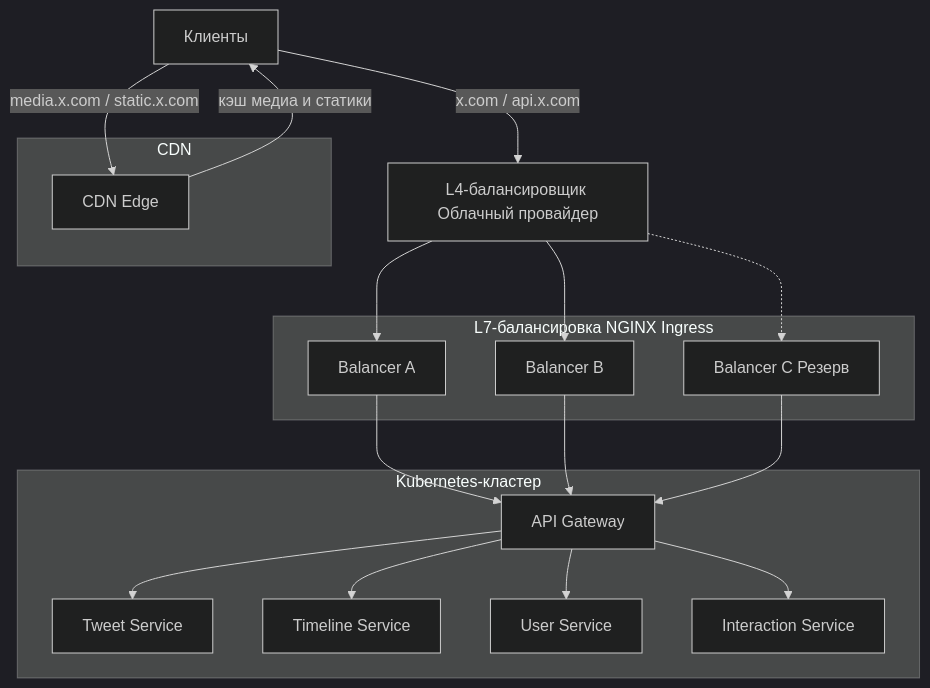
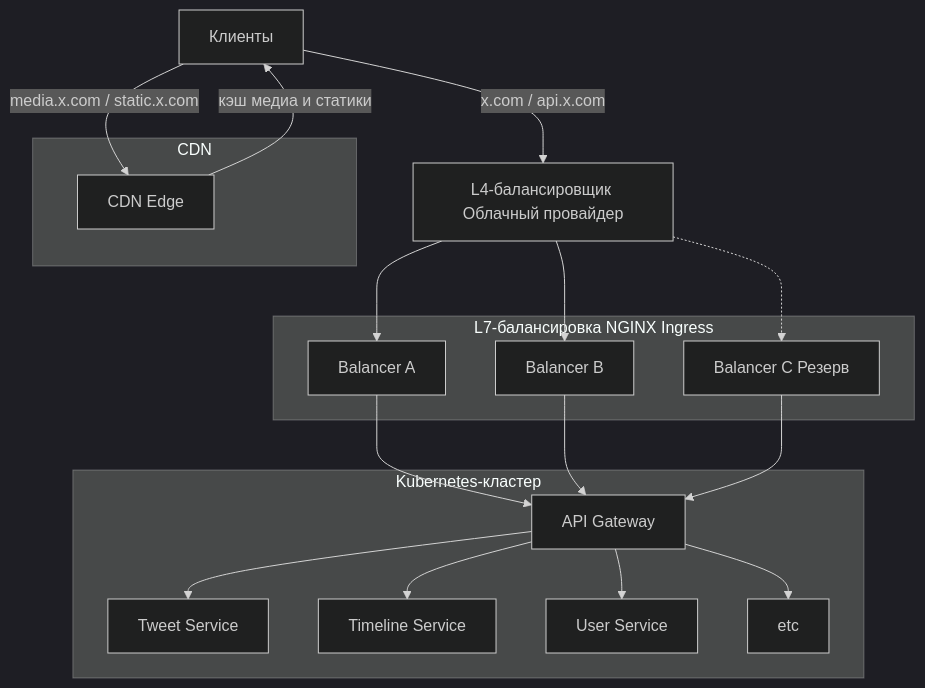
Before and after one commit to art-raz/Highload2026: the second of 3 diagrams in README.md, drawn with Mermaid (dark theme). The commit also changed other lines of this file, not shown here.

````diff
--- a/README.md
+++ b/README.md
@@ -306,42 +306,42 @@
 ```mermaid
 flowchart TD
     C[Клиенты]
 
     subgraph CDN_ZONE["CDN"]
         CDN[CDN Edge]
     end
 
     L4[L4-балансировщик Облачный провайдер]
     
     subgraph L7["L7-балансировка NGINX Ingress"]
         L7A[Balancer A]
         L7B[Balancer B]
         L7C[Balancer C Резерв]
     end
     
     subgraph K8S["Kubernetes-кластер"]
         G[API Gateway]
         TW[Tweet Service]
         TS[Timeline Service]
         US[User Service]
-        IS[Interaction Service]
+        IS[etc]
     end
     
     C -->|x.com / api.x.com| L4
 
     C -->|media.x.com / static.x.com| CDN
     CDN -->|кэш медиа и статики| C
     
     L4 --> L7A
     L4 --> L7B
     L4 -.-> L7C
     
     L7A --> G
     L7B --> G
     L7C --> G
     
     G --> TS
     G --> TW
     G --> US
     G --> IS
 ```
````
